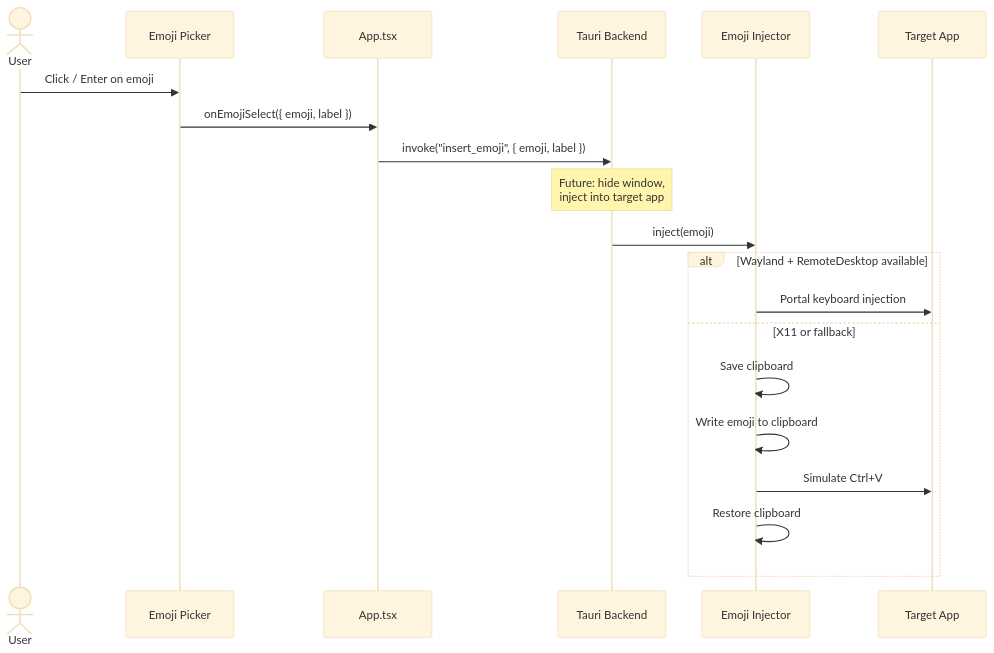
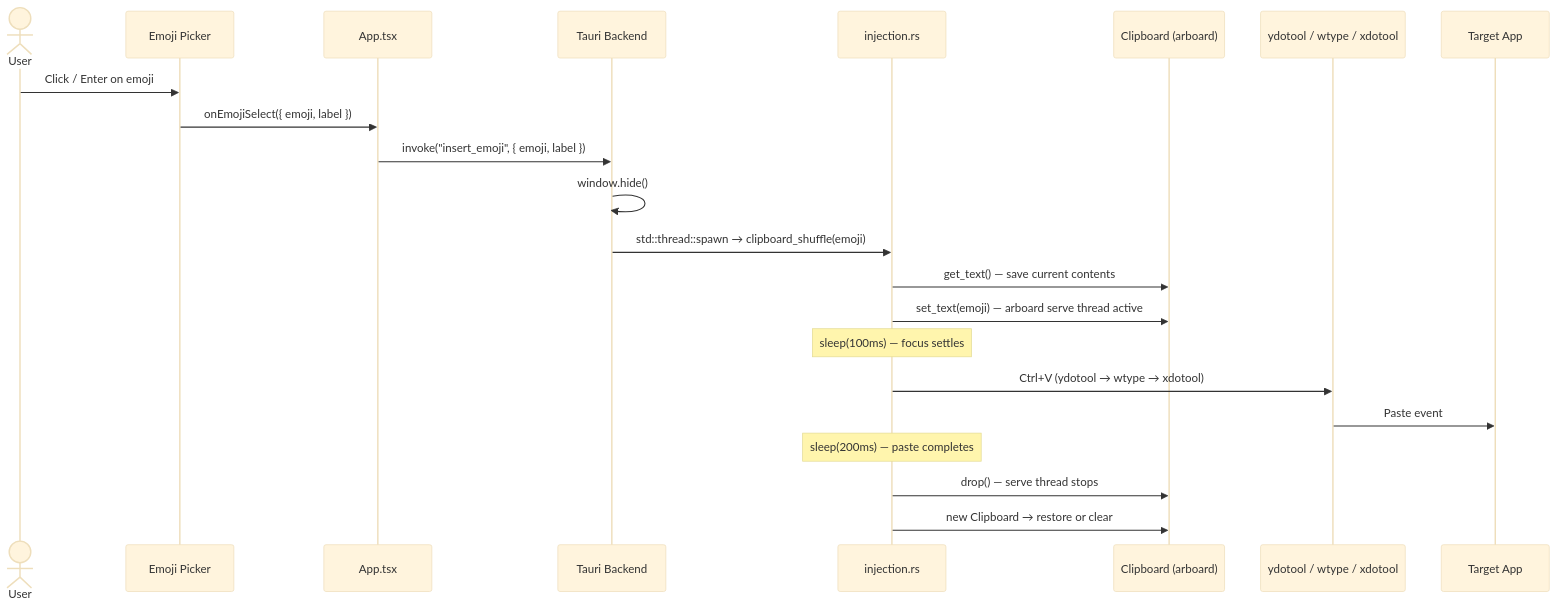
Before and after one commit to liminal-hq/emoji-nook: the fourth of 10 diagrams in docs/architecture.md, drawn with Mermaid (base theme). The commit also changed other lines of this file and 6 other files, not shown here.

First line of the commit message:
docs: update architecture and add animated SVG diagrams

````diff
--- a/docs/architecture.md
+++ b/docs/architecture.md
@@ -147,26 +177,27 @@
 ```mermaid
 sequenceDiagram
     actor User
     participant Picker as Emoji Picker
     participant App as App.tsx
     participant Tauri as Tauri Backend
-    participant Injector as Emoji Injector
+    participant Injector as injection.rs
+    participant CB as Clipboard (arboard)
+    participant Tool as ydotool / wtype / xdotool
     participant Target as Target App
 
     User->>Picker: Click / Enter on emoji
     Picker->>App: onEmojiSelect({ emoji, label })
     App->>Tauri: invoke("insert_emoji", { emoji, label })
 
-    Note over Tauri: Future: hide window,<br/>inject into target app
+    Tauri->>Tauri: window.hide()
+    Tauri->>Injector: std::thread::spawn → clipboard_shuffle(emoji)
 
-    Tauri->>Injector: inject(emoji)
-
-    alt Wayland + RemoteDesktop available
-        Injector->>Target: Portal keyboard injection
-    else X11 or fallback
-        Injector->>Injector: Save clipboard
-        Injector->>Injector: Write emoji to clipboard
-        Injector->>Target: Simulate Ctrl+V
-        Injector->>Injector: Restore clipboard
-    end
+    Injector->>CB: get_text() — save current contents
+    Injector->>CB: set_text(emoji) — arboard serve thread active
+    Note over Injector: sleep(100ms) — focus settles
+    Injector->>Tool: Ctrl+V (ydotool → wtype → xdotool)
+    Tool->>Target: Paste event
+    Note over Injector: sleep(200ms) — paste completes
+    Injector->>CB: drop() — serve thread stops
+    Injector->>CB: new Clipboard → restore or clear
 ```
````
